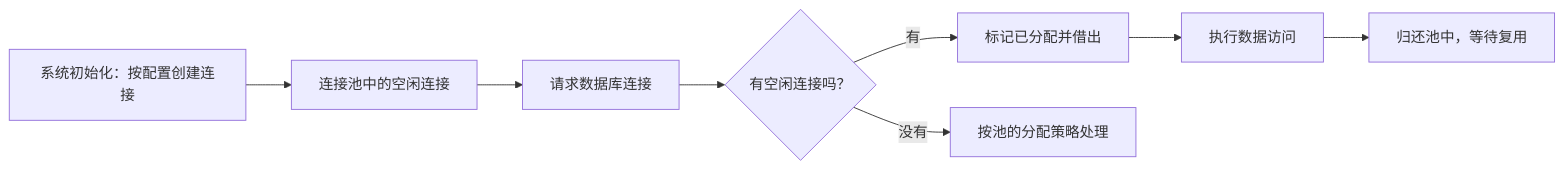
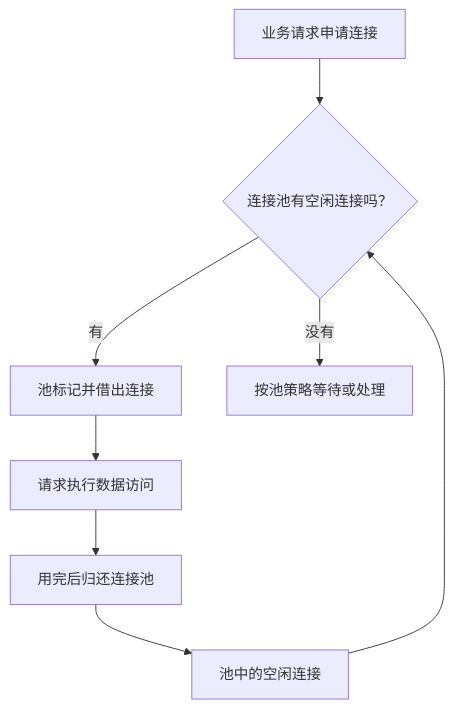
The diagram in 06_架构设计理论与实践/02_层次式架构/数据库连接池：连接用完为什么通常要归还而不是关闭.md (74262195/system-architect-notes), drawn with Mermaid before and after one commit. The commit also changed 2 other files, not shown here.

Commit message:
修正数据库连接池借出归还关系图

````diff
--- a/06_架构设计理论与实践/02_层次式架构/数据库连接池：连接用完为什么通常要归还而不是关闭.md
+++ b/06_架构设计理论与实践/02_层次式架构/数据库连接池：连接用完为什么通常要归还而不是关闭.md
@@ -37,10 +37,10 @@
 ```mermaid
-flowchart LR
-    A[系统初始化：按配置创建连接] --> B[连接池中的空闲连接]
-    B --> C[请求数据库连接]
-    C --> D{有空闲连接吗？}
-    D -->|有| E[标记已分配并借出]
-    E --> F[执行数据访问]
-    F --> G[归还池中，等待复用]
-    D -->|没有| H[按池的分配策略处理]
+flowchart TB
+    A[业务请求申请连接] --> C{连接池有空闲连接吗？}
+    B[池中的空闲连接] --> C
+    C -->|有| D[池标记并借出连接]
+    D --> E[请求执行数据访问]
+    E --> F[用完后归还连接池]
+    F --> B
+    C -->|没有| G[按池策略等待或处理]
 ```
````
